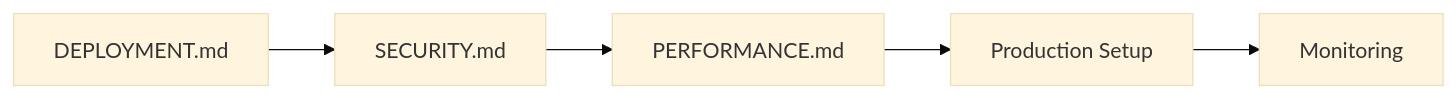
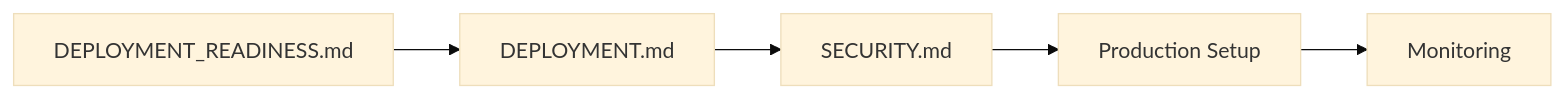
One commit to Prompt-or-Die/pod-protocol changed the third of 3 diagrams in DOCUMENTATION.md. Above: the diagram before and after it, drawn with Mermaid (base theme). The commit also changed other lines of this file and 535 other files, not shown here.

````diff
--- a/DOCUMENTATION.md
+++ b/DOCUMENTATION.md
@@ -106,7 +145,7 @@
 ```mermaid
 graph LR
-    A[DEPLOYMENT.md] --> B[SECURITY.md]
-    B --> C[PERFORMANCE.md]
+    A[DEPLOYMENT_READINESS.md] --> B[DEPLOYMENT.md]
+    B --> C[SECURITY.md]
     C --> D[Production Setup]
     D --> E[Monitoring]
 ```
````
